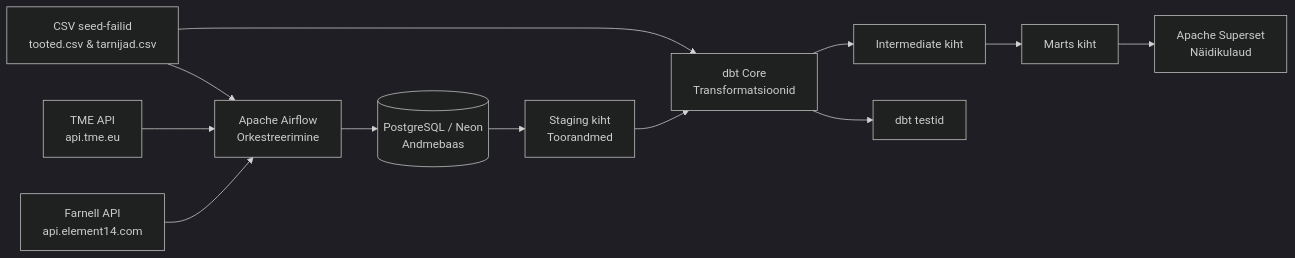
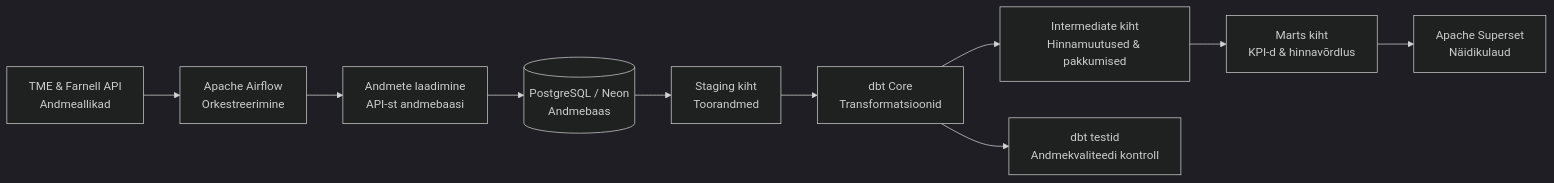
One commit to mplza/tarnijakataloogid changed the diagram in docs/arhitektuur.md. Above: the diagram before and after it, drawn with Mermaid (dark theme).

Commit message:
Lihtsusta mermaid diagramm

````diff
--- a/docs/arhitektuur.md
+++ b/docs/arhitektuur.md
@@ -49,18 +49,15 @@
 ```mermaid
 flowchart LR
-    SEED["CSV seed-failid<br/>tooted.csv & tarnijad.csv"] --> B["Apache Airflow<br/>Orkestreerimine"]
-    SEED --> F["dbt Core<br/>Transformatsioonid"]
-    TME["TME API<br/>api.tme.eu"] --> B
-    E14["Farnell API<br/>api.element14.com"] --> B
-
-    B --> D[("PostgreSQL / Neon<br/>Andmebaas")]
+    A["TME & Farnell API<br/>Andmeallikad"] --> B["Apache Airflow<br/>Orkestreerimine"]
+    B --> C["Andmete laadimine<br/>API-st andmebaasi"]
+    C --> D[("PostgreSQL / Neon<br/>Andmebaas")]
 
     D --> E["Staging kiht<br/>Toorandmed"]
-    E --> F
-    F --> G["Intermediate kiht"]
-    G --> H["Marts kiht"]
+    E --> F["dbt Core<br/>Transformatsioonid"]
+    F --> G["Intermediate kiht<br/>Hinnamuutused & pakkumised"]
+    G --> H["Marts kiht<br/>KPI-d & hinnavõrdlus"]
 
-    F --> I["dbt testid"]
+    F --> I["dbt testid<br/>Andmekvaliteedi kontroll"]
 
     H --> J["Apache Superset<br/>Näidikulaud"]
 ```
````
